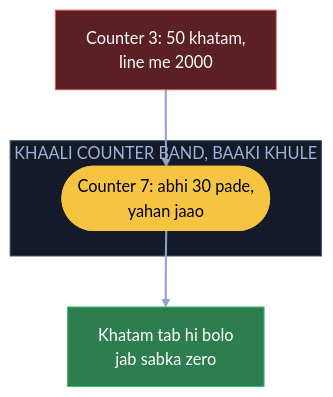
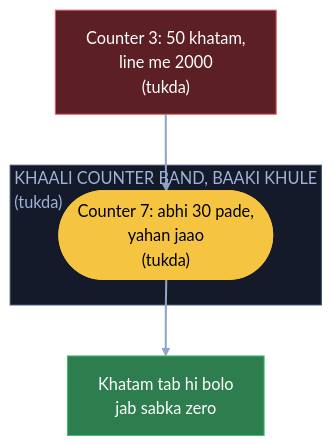
Before and after one commit to ArpanMaheshwari144/Prep: the fifth of 11 diagrams in 04_HLD/SYSTEM_DESIGNS/17_ecommerce/17_ecommerce.md, drawn with Mermaid. The commit also changed other lines of this file and 22 other files, not shown here.

Commit message:
Diagram: sirf kahani ke dohraaye shabd pe bracket, us jagah notes wala matlab (207 label)

````diff
--- a/04_HLD/SYSTEM_DESIGNS/17_ecommerce/17_ecommerce.md
+++ b/04_HLD/SYSTEM_DESIGNS/17_ecommerce/17_ecommerce.md
@@ -209,16 +209,16 @@
 ```mermaid
 flowchart TB
-    C3["Counter 3: 50 khatam,<br/>line me 2000"]:::bad
-    subgraph KB["KHAALI COUNTER BAND, BAAKI KHULE"]
-        C7(["Counter 7: abhi 30 pade,<br/>yahan jaao"]):::pill
+    C3["Counter 3: 50 khatam,<br/>line me 2000<br/>(tukda)"]:::bad
+    subgraph KB["KHAALI COUNTER BAND, BAAKI KHULE<br/>(tukda)"]
+        C7(["Counter 7: abhi 30 pade,<br/>yahan jaao<br/>(tukda)"]):::pill
     end
     S["Khatam tab hi bolo<br/>jab sabka zero"]:::good
     C3 --> C7
     C7 --> S
     linkStyle default stroke:#8fa3c7,stroke-width:2px
     classDef card fill:#1e2638,stroke:#3a4a6b,color:#e8ecf5
     classDef pill fill:#f5c542,stroke:#f5c542,color:#000
     classDef good fill:#2e7d4f,stroke:#3fbf6f,color:#fff
     classDef bad fill:#5c1f24,stroke:#e05561,color:#fff
     style KB fill:#141a29,stroke:#3a4a6b,color:#9fb3d9
 ```
````
